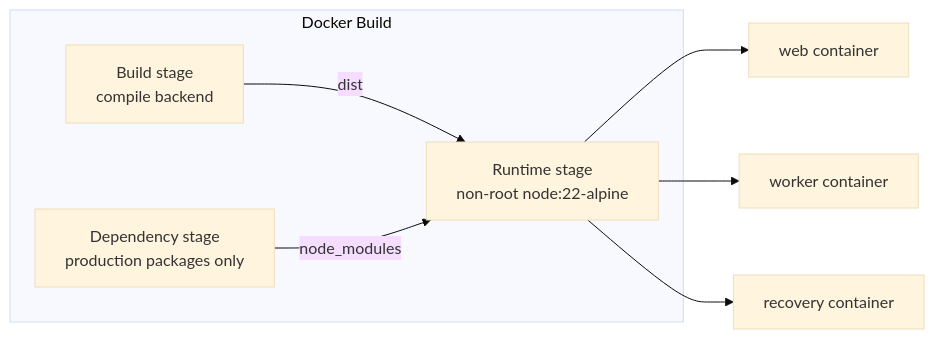
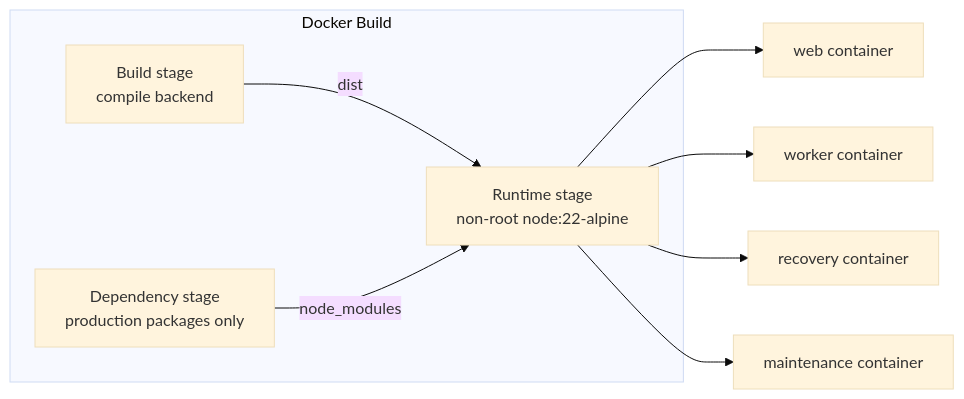
One commit to condevtools/pr-agent changed the seventh of 8 diagrams in README.md. Above: the diagram before and after it, drawn with Mermaid (base theme). The commit also changed other lines of this file and 69 other files, not shown here.

````diff
--- a/README.md
+++ b/README.md
@@ -581,13 +582,14 @@
 ```mermaid
 graph LR
     subgraph Docker Build
         B1[Build stage<br/>compile backend]
         B2[Dependency stage<br/>production packages only]
         B3[Runtime stage<br/>non-root node:22-alpine]
         B1 -->|dist| B3
         B2 -->|node_modules| B3
     end
     B3 --> W[web container]
     B3 --> Q[worker container]
     B3 --> R[recovery container]
+    B3 --> M[maintenance container]
 ```
````
